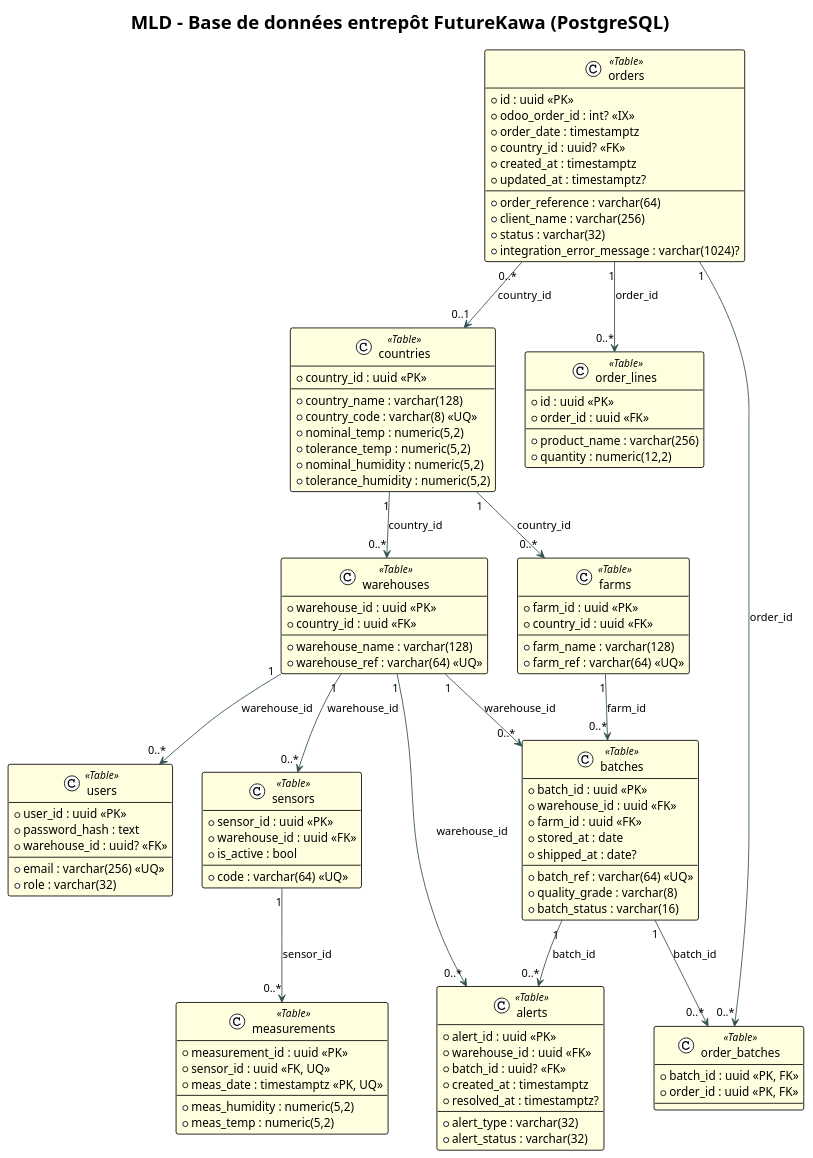
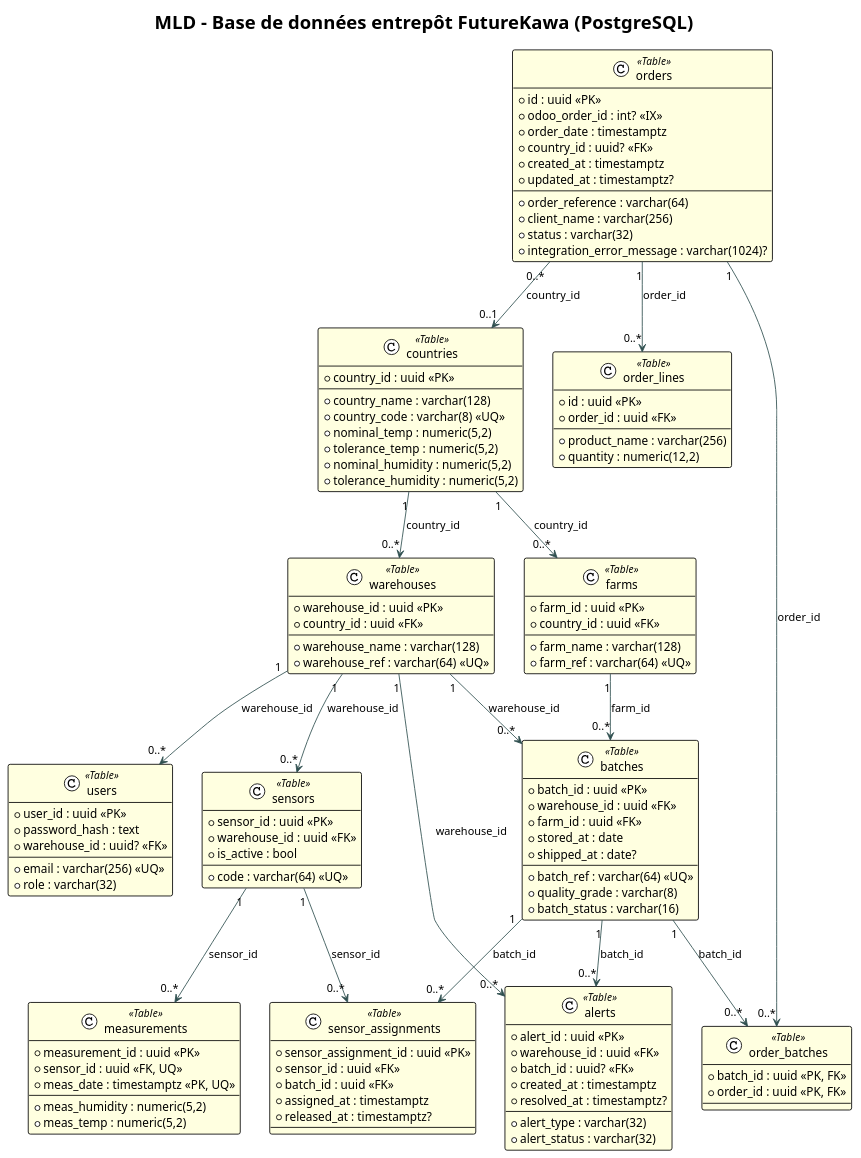
One commit to FutureKawa-Nte-G2/FutureKawa changed the diagram in Documentation/diagrammes/mld_warehouse.puml. Above: the diagram before and after it, drawn with PlantUML. The commit also changed 8 other files, not shown here.

```diff
--- a/Documentation/diagrammes/mld_warehouse.puml
+++ b/Documentation/diagrammes/mld_warehouse.puml
@@ -1,120 +1,130 @@
 @startuml MLD_Warehouse_FutureKawa
 
 !theme plain
 
 title MLD - Base de données entrepôt FutureKawa (PostgreSQL)
 
 skinparam class {
     BackgroundColor<<Table>> LightYellow
     ArrowColor DarkSlateGray
 }
 
 class "users" as Users <<Table>> {
   + user_id : uuid <<PK>>
   + email : varchar(256) <<UQ>>
   + password_hash : text
   + role : varchar(32)
   + warehouse_id : uuid? <<FK>>
 }
 
 class "countries" as Countries <<Table>> {
   + country_id : uuid <<PK>>
   + country_name : varchar(128)
   + country_code : varchar(8) <<UQ>>
   + nominal_temp : numeric(5,2)
   + tolerance_temp : numeric(5,2)
   + nominal_humidity : numeric(5,2)
   + tolerance_humidity : numeric(5,2)
 }
 
 class "farms" as Farms <<Table>> {
   + farm_id : uuid <<PK>>
   + country_id : uuid <<FK>>
   + farm_name : varchar(128)
   + farm_ref : varchar(64) <<UQ>>
 }
 
 class "warehouses" as Warehouses <<Table>> {
   + warehouse_id : uuid <<PK>>
   + country_id : uuid <<FK>>
   + warehouse_name : varchar(128)
   + warehouse_ref : varchar(64) <<UQ>>
 }
 
 class "batches" as Batches <<Table>> {
   + batch_id : uuid <<PK>>
   + warehouse_id : uuid <<FK>>
   + farm_id : uuid <<FK>>
   + batch_ref : varchar(64) <<UQ>>
   + stored_at : date
   + shipped_at : date?
   + quality_grade : varchar(8)
   + batch_status : varchar(16)
 }
 
 class "sensors" as Sensors <<Table>> {
   + sensor_id : uuid <<PK>>
   + warehouse_id : uuid <<FK>>
   + code : varchar(64) <<UQ>>
   + is_active : bool
 }
 
+class "sensor_assignments" as SensorAssignments <<Table>> {
+  + sensor_assignment_id : uuid <<PK>>
+  + sensor_id : uuid <<FK>>
+  + batch_id : uuid <<FK>>
+  + assigned_at : timestamptz
+  + released_at : timestamptz?
+}
+
 class "measurements" as Measurements <<Table>> {
   + measurement_id : uuid <<PK>>
   + sensor_id : uuid <<FK, UQ>>
   + meas_date : timestamptz <<PK, UQ>>
   + meas_humidity : numeric(5,2)
   + meas_temp : numeric(5,2)
 }
 
 class "alerts" as Alerts <<Table>> {
   + alert_id : uuid <<PK>>
   + warehouse_id : uuid <<FK>>
   + batch_id : uuid? <<FK>>
   + alert_type : varchar(32)
   + alert_status : varchar(32)
   + created_at : timestamptz
   + resolved_at : timestamptz?
 }
 
 class "orders" as Orders <<Table>> {
   + id : uuid <<PK>>
   + odoo_order_id : int? <<IX>>
   + order_reference : varchar(64)
   + order_date : timestamptz
   + client_name : varchar(256)
   + country_id : uuid? <<FK>>
   + status : varchar(32)
   + integration_error_message : varchar(1024)?
   + created_at : timestamptz
   + updated_at : timestamptz?
 }
 
 class "order_lines" as OrderLines <<Table>> {
   + id : uuid <<PK>>
   + order_id : uuid <<FK>>
   + product_name : varchar(256)
   + quantity : numeric(12,2)
 }
 
 class "order_batches" as OrderBatches <<Table>> {
   + batch_id : uuid <<PK, FK>>
   + order_id : uuid <<PK, FK>>
 }
 
 ' Relations logiques (PK/FK)
 Countries "1" --> "0..*" Farms : country_id
 Countries "1" --> "0..*" Warehouses : country_id
 Farms "1" --> "0..*" Batches : farm_id
 Warehouses "1" --> "0..*" Batches : warehouse_id
 Warehouses "1" --> "0..*" Users : warehouse_id
 Warehouses "1" --> "0..*" Sensors : warehouse_id
 Warehouses "1" --> "0..*" Alerts : warehouse_id
 Sensors "1" --> "0..*" Measurements : sensor_id
+Sensors "1" --> "0..*" SensorAssignments : sensor_id
+Batches "1" --> "0..*" SensorAssignments : batch_id
 Batches "1" --> "0..*" Alerts : batch_id
 Orders "0..*" --> "0..1" Countries : country_id
 Orders "1" --> "0..*" OrderLines : order_id
 Orders "1" --> "0..*" OrderBatches : order_id
 Batches "1" --> "0..*" OrderBatches : batch_id
 
 @enduml
```
